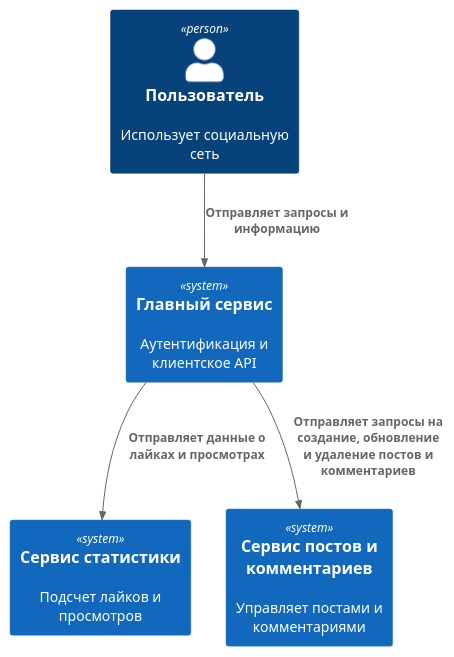
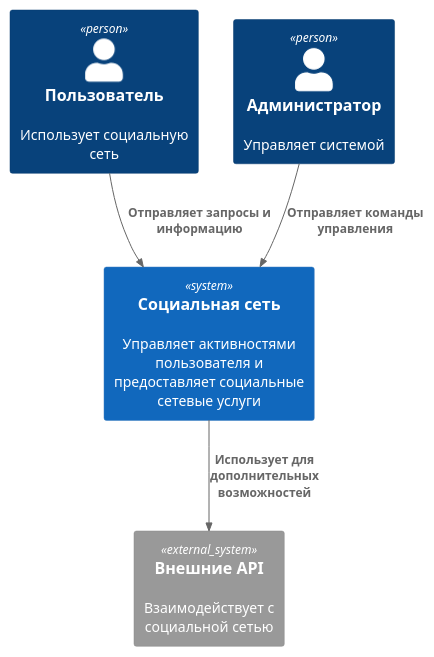
One commit to EugeneDar/soa changed the diagram in doc/c4-context.puml. Above: the diagram before and after it, drawn with PlantUML. The commit also changed other lines of this file and 1 other file, not shown here.

```diff
--- a/doc/c4-context.puml
+++ b/doc/c4-context.puml
@@ -1,12 +2,12 @@
 @startuml
 !includeurl https://raw.githubusercontent.com/plantuml-stdlib/C4-PlantUML/master/C4_Context.puml
 
 Person(user, "Пользователь", "Использует социальную сеть")
-System(main_service, "Главный сервис", "Аутентификация и клиентское API")
-System(stat_service, "Сервис статистики", "Подсчет лайков и просмотров")
-System(post_comment_service, "Сервис постов и комментариев", "Управляет постами и комментариями")
+Person(admin, "Администратор", "Управляет системой")
+System_Ext(api, "Внешние API", "Взаимодействует с социальной сетью")
+System(social_net, "Социальная сеть", "Управляет активностями пользователя и предоставляет социальные сетевые услуги")
 
-Rel(user, main_service, "Отправляет запросы и информацию")
-Rel(main_service, stat_service, "Отправляет данные о лайках и просмотрах")
-Rel(main_service, post_comment_service, "Отправляет запросы на создание, обновление и удаление постов и комментариев")
+Rel(user, social_net, "Отправляет запросы и информацию")
+Rel(admin, social_net, "Отправляет команды управления")
+Rel(social_net, api, "Использует для дополнительных возможностей")
 @enduml
```
